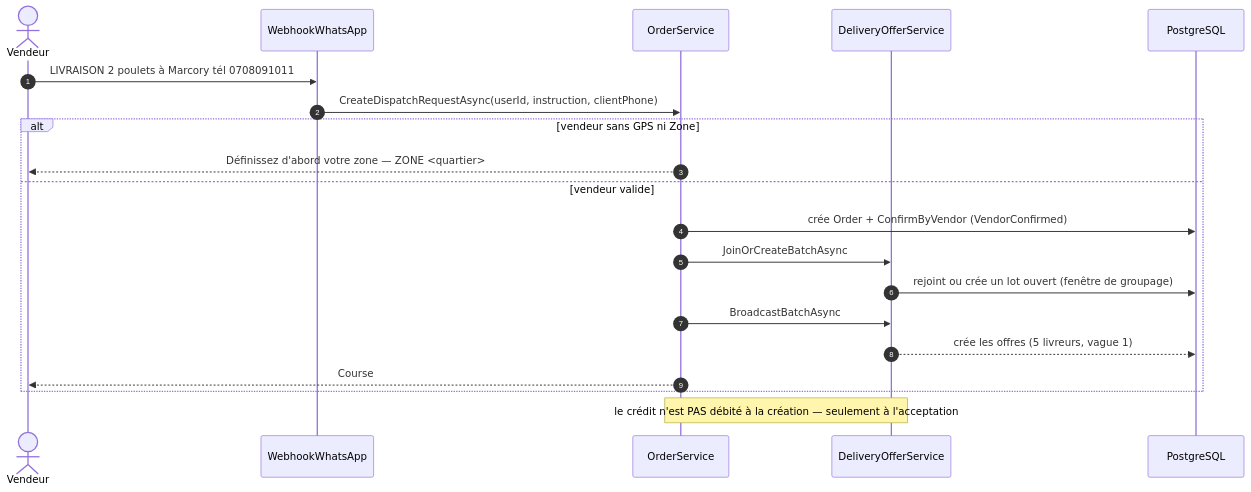
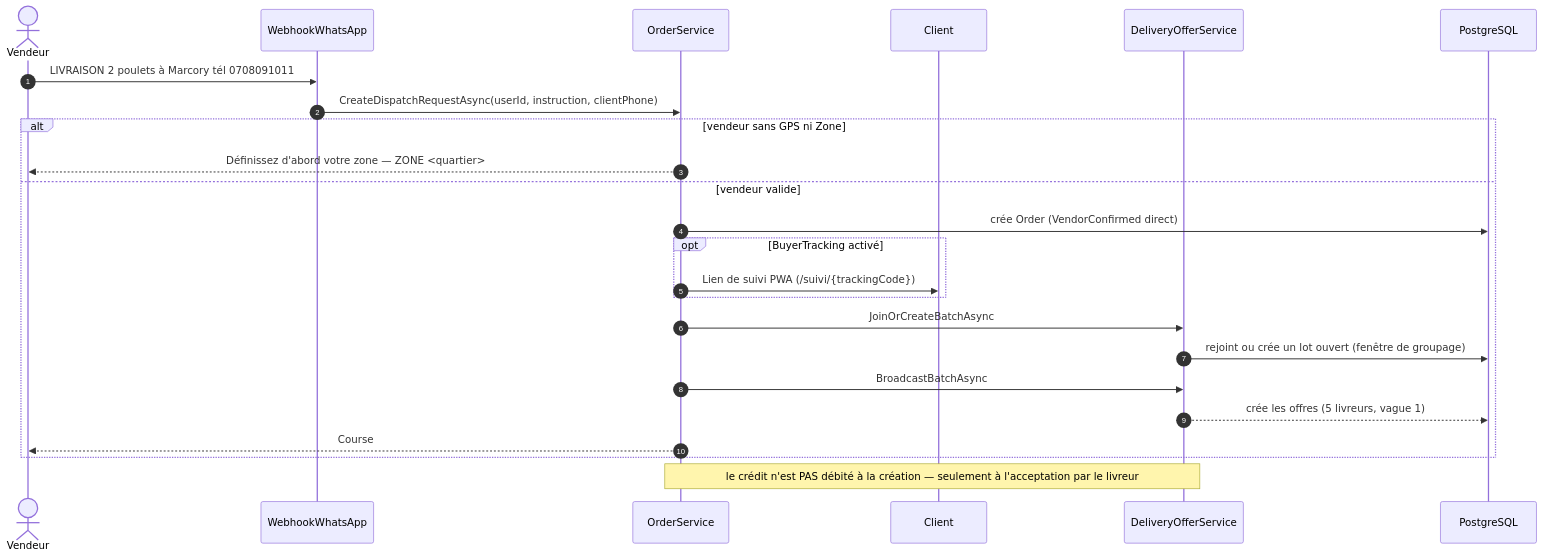
Before and after one commit to junioradon79-alt/Wazap: the fourth of 14 diagrams in docs/parcours-client.md, drawn with Mermaid. The commit also changed other lines of this file and 18 other files, not shown here.

````diff
--- a/docs/parcours-client.md
+++ b/docs/parcours-client.md
@@ -176,24 +196,28 @@
 ```mermaid
 sequenceDiagram
     autonumber
     actor V as Vendeur
     participant W as WebhookWhatsApp
     participant O as OrderService
+    participant C as Client
     participant D as DeliveryOfferService
     participant DB as PostgreSQL
 
     V->>W: LIVRAISON 2 poulets à Marcory tél 0708091011
     W->>O: CreateDispatchRequestAsync(userId, instruction, clientPhone)
     alt vendeur sans GPS ni Zone
         O-->>V: Définissez d'abord votre zone — ZONE <quartier>
     else vendeur valide
-        O->>DB: crée Order + ConfirmByVendor (VendorConfirmed)
+        O->>DB: crée Order (VendorConfirmed direct)
+        opt BuyerTracking activé
+            O->>C: Lien de suivi PWA (/suivi/{trackingCode})
+        end
         O->>D: JoinOrCreateBatchAsync
         D->>DB: rejoint ou crée un lot ouvert (fenêtre de groupage)
         O->>D: BroadcastBatchAsync
         D-->>DB: crée les offres (5 livreurs, vague 1)
         O-->>V: Course #code enregistrée — Crédits restants : N
     end
 
-    note over O,D: le crédit n'est PAS débité à la création — seulement à l'acceptation
+    note over O,D: le crédit n'est PAS débité à la création — seulement à l'acceptation par le livreur
 ```
````
